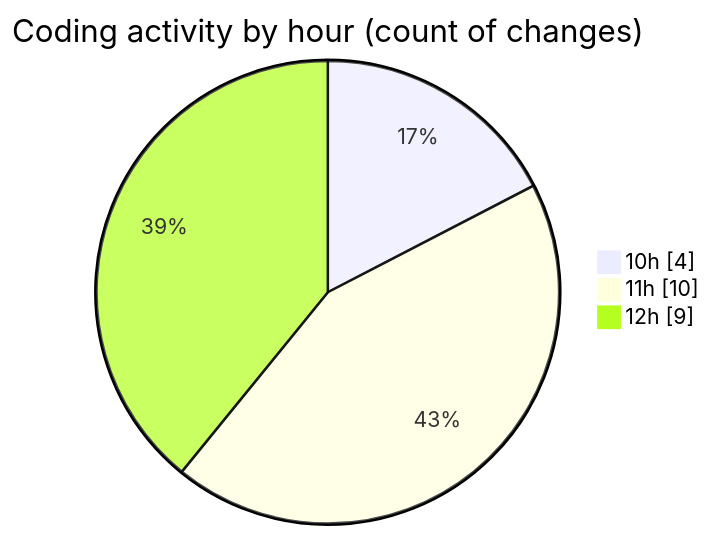
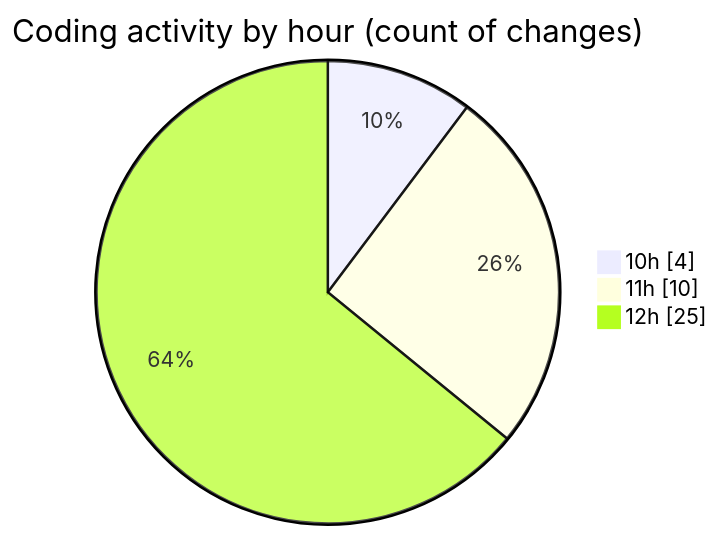
The second of 2 diagrams in 2026-03-05/nxtqube_webapp/README.md (nxtqubesakshisongat/code-tracking), drawn with Mermaid before and after one commit. The commit also changed other lines of this file and 1 other file, not shown here.

````diff
--- a/2026-03-05/nxtqube_webapp/README.md
+++ b/2026-03-05/nxtqube_webapp/README.md
@@ -29,7 +29,7 @@
 ```mermaid
 pie showData
 title Coding activity by hour (count of changes)
 "10h" : 4
 "11h" : 10
-"12h" : 9
+"12h" : 25
 ```
````
